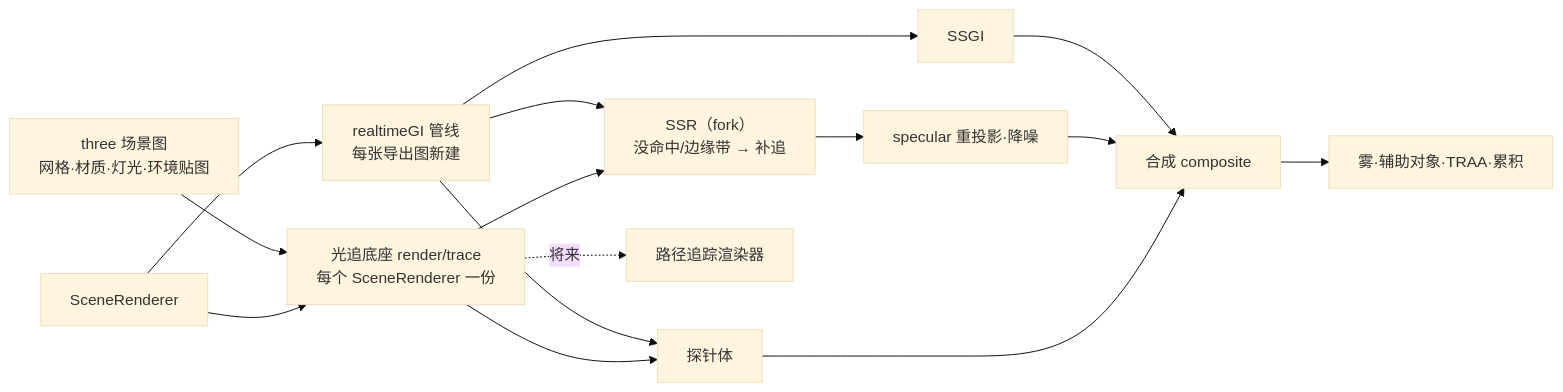
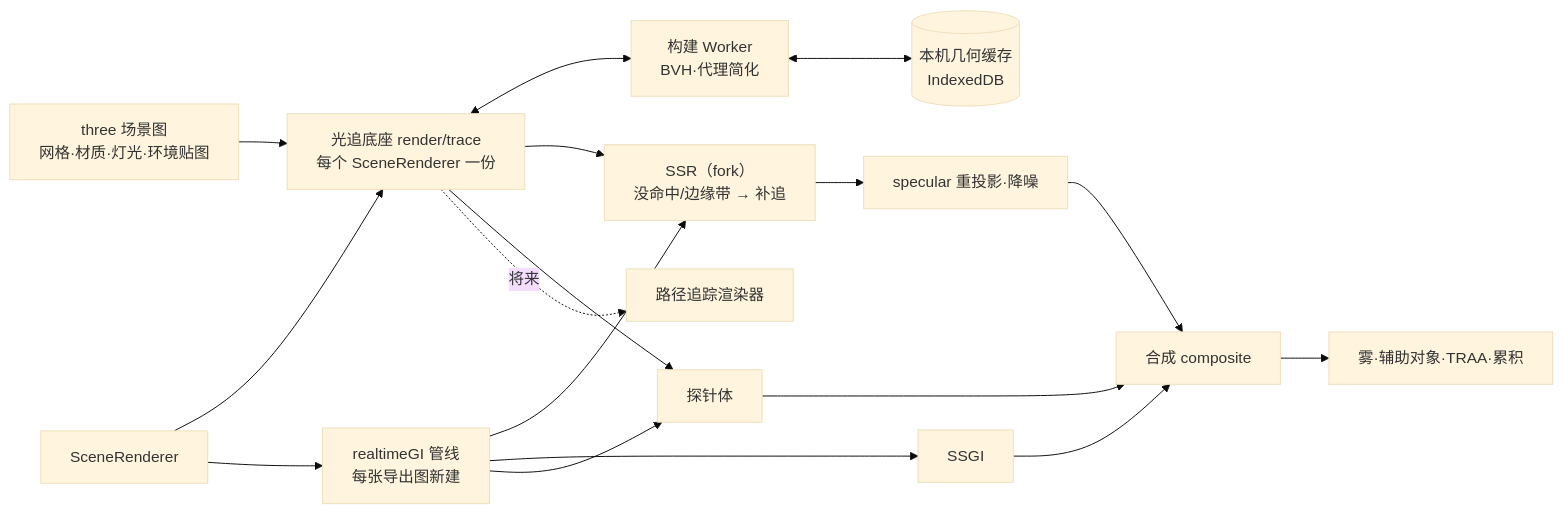
Before and after one commit to ltwin/customer_manage_platform: the diagram in .lti/features/2026-10-23-scene-world-space-gi/design.md, drawn with Mermaid (base theme). The commit also changed other lines of this file and 6 other files, not shown here.

````diff
--- a/.lti/features/2026-10-23-scene-world-space-gi/design.md
+++ b/.lti/features/2026-10-23-scene-world-space-gi/design.md
@@ -61,17 +87,19 @@
 ```mermaid
 flowchart LR
   SG[three 场景图<br/>网格·材质·灯光·环境贴图] --> TS[光追底座 render/trace<br/>每个 SceneRenderer 一份]
   SR[SceneRenderer] --> TS
+  TS <--> WK[构建 Worker<br/>BVH·代理简化]
+  WK <--> DB[(本机几何缓存<br/>IndexedDB)]
   SR --> RG[realtimeGI 管线<br/>每张导出图新建]
   RG --> SSR[SSR（fork）<br/>没命中/边缘带 → 补追]
   RG --> SSGI[SSGI]
   RG --> PV[探针体]
   TS --> SSR
   TS --> PV
   SSR --> DN[specular 重投影·降噪]
   SSGI --> C[合成 composite]
   DN --> C
   PV --> C
   C --> F[雾·辅助对象·TRAA·累积]
   TS -.将来.-> PT[路径追踪渲染器]
 ```
````
